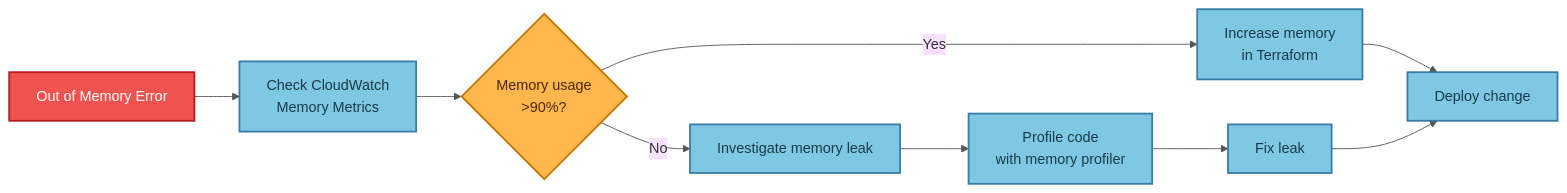
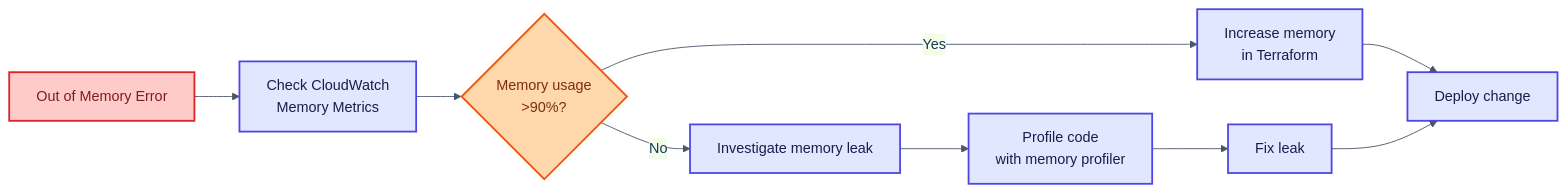
One commit to traylorre/sentiment-analyzer-gsk changed the sixth of 10 diagrams in docs/OPERATIONAL_FLOWS.md. Above: the diagram before and after it, drawn with Mermaid. The commit also changed other lines of this file and 3 other files, not shown here.

First line of the commit message:
docs: Update all diagrams with unified WCAG-compliant color palette

````diff
--- a/docs/OPERATIONAL_FLOWS.md
+++ b/docs/OPERATIONAL_FLOWS.md
@@ -302,20 +302,20 @@
 ```mermaid
-%%{init: {'theme':'base', 'themeVariables': {'primaryColor':'#fff8e1', 'primaryTextColor':'#333', 'primaryBorderColor':'#c9a227', 'lineColor':'#555'}}}%%
+%%{init: {'theme': 'base', 'themeVariables': {'primaryColor': '#e8f4fd', 'primaryTextColor': '#1a365d', 'primaryBorderColor': '#3182ce', 'lineColor': '#4a5568'}}}%%
 flowchart LR
     OOM[Out of Memory Error] --> CheckMetrics[Check CloudWatch<br/>Memory Metrics]
     CheckMetrics --> MemUsage{Memory usage<br/>>90%?}
     MemUsage -->|Yes| IncreaseMemory[Increase memory<br/>in Terraform]
     MemUsage -->|No| MemoryLeak[Investigate memory leak]
     IncreaseMemory --> Deploy[Deploy change]
     MemoryLeak --> ProfileCode[Profile code<br/>with memory profiler]
     ProfileCode --> FixLeak[Fix leak]
     FixLeak --> Deploy
 
-    classDef errorNode fill:#ef5350,stroke:#b71c1c,stroke-width:2px,color:#fff
-    classDef decisionNode fill:#ffb74d,stroke:#c77800,stroke-width:2px,color:#4a2800
-    classDef actionNode fill:#7ec8e3,stroke:#3a7ca5,stroke-width:2px,color:#1a3a4a
+    classDef errorNode fill:#fecaca,stroke:#dc2626,stroke-width:2px,color:#7f1d1d
+    classDef decisionNode fill:#fed7aa,stroke:#ea580c,stroke-width:2px,color:#7c2d12
+    classDef actionNode fill:#e0e7ff,stroke:#4f46e5,stroke-width:2px,color:#1e1b4b
 
     class OOM errorNode
     class MemUsage decisionNode
     class CheckMetrics,IncreaseMemory,MemoryLeak,ProfileCode,FixLeak,Deploy actionNode
 ```
````
